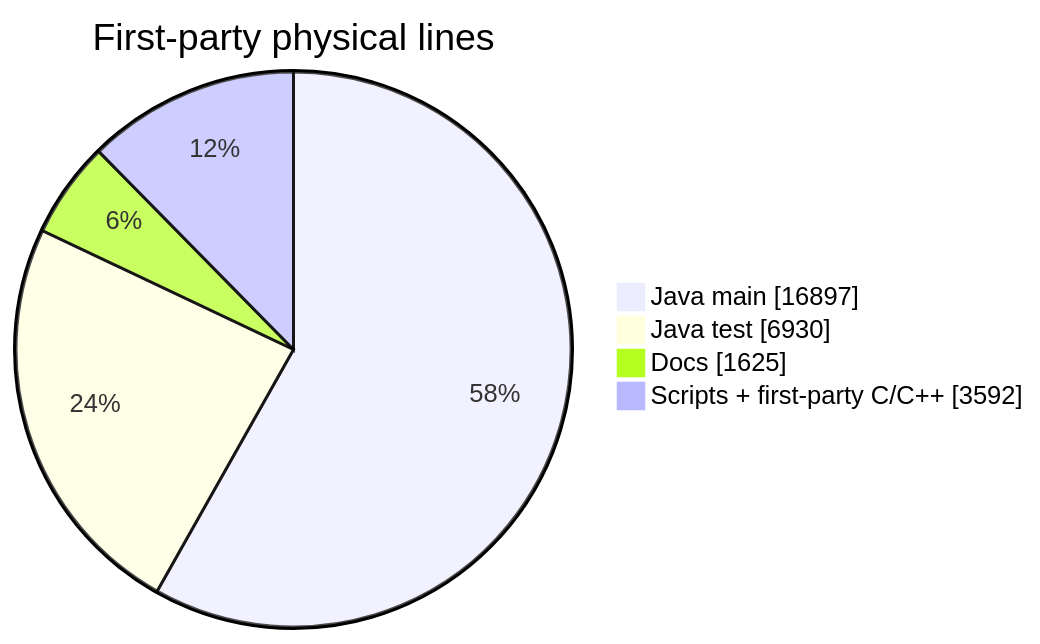
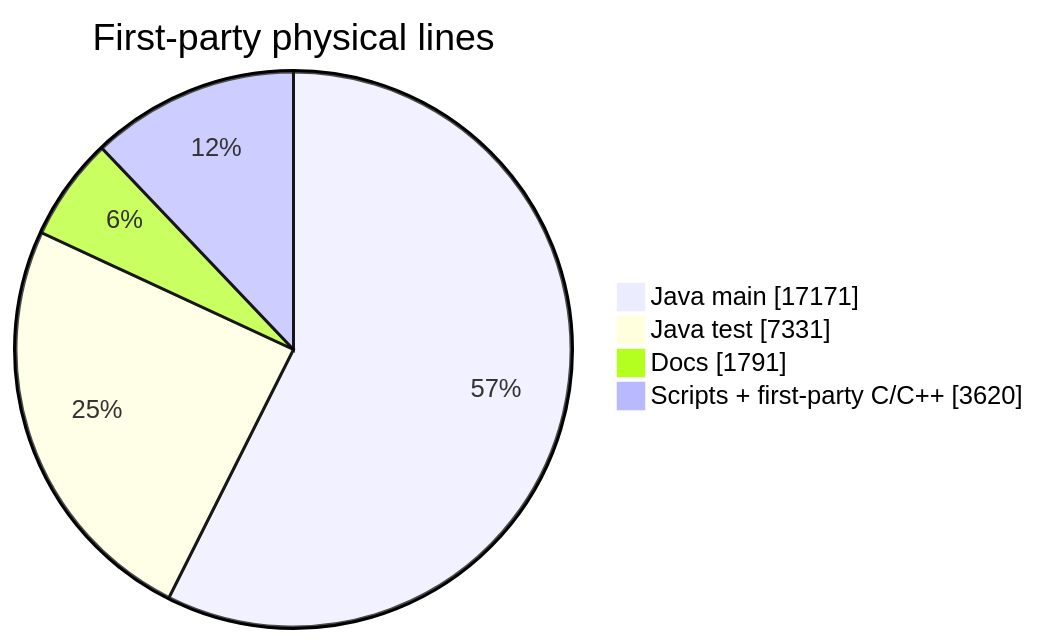
Before and after one commit to chris-piekarski/hot-iron: the first of 2 diagrams in docs/stats.md, drawn with Mermaid. The commit also changed other lines of this file and 133 other files, not shown here.

````diff
--- a/docs/stats.md
+++ b/docs/stats.md
@@ -30,8 +30,8 @@
 ```mermaid
 pie showData
     title First-party physical lines
-    "Java main" : 16897
-    "Java test" : 6930
-    "Docs" : 1625
-    "Scripts + first-party C/C++" : 3592
+    "Java main" : 17171
+    "Java test" : 7331
+    "Docs" : 1791
+    "Scripts + first-party C/C++" : 3620
 ```
````
